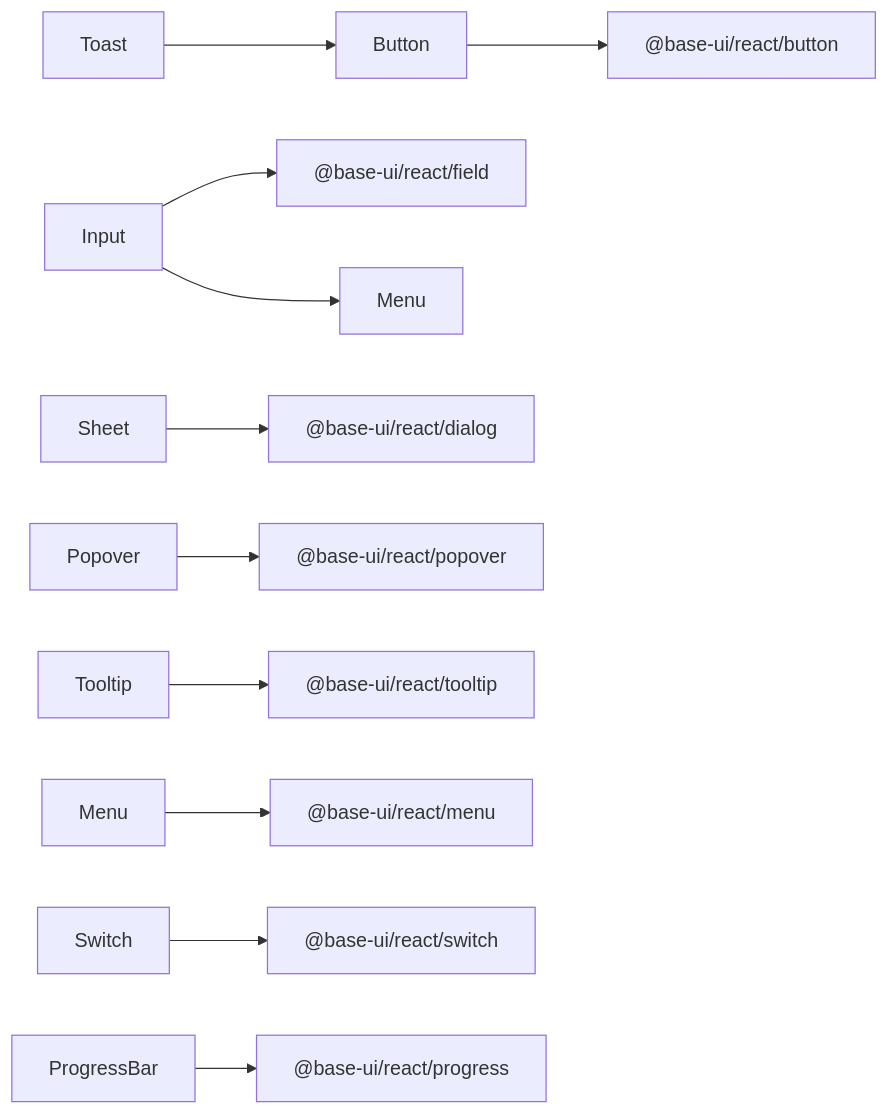
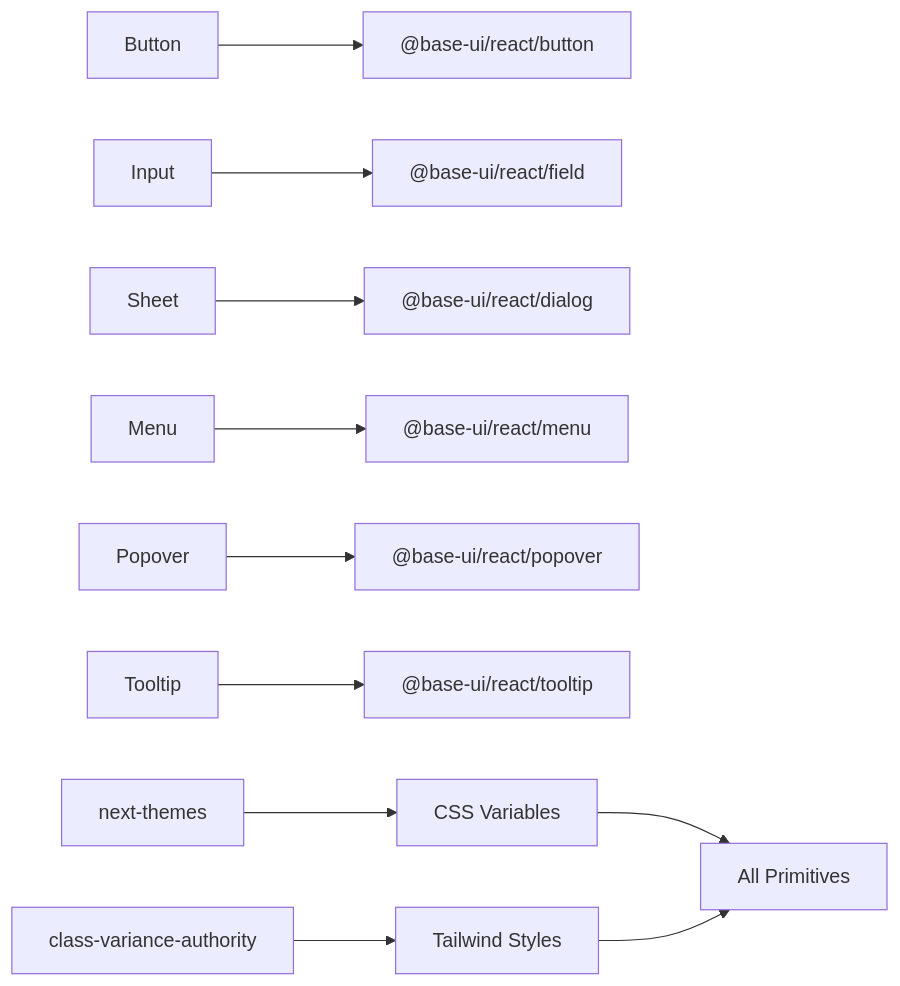
Diagram 16 of 16 in .qoder/repowiki/en/content/Component Library/Primitive Components.md (Meaetin/alibaba-hackathon), drawn with Mermaid before and after one commit. The commit also changed other lines of this file and 241 other files, not shown here.

````diff
--- a/.qoder/repowiki/en/content/Component Library/Primitive Components.md
+++ b/.qoder/repowiki/en/content/Component Library/Primitive Components.md
@@ -405,13 +589,13 @@
 ```mermaid
 graph LR
-Button["Button"] --> BaseUI["@base-ui/react/button"]
-Input["Input"] --> BaseUI2["@base-ui/react/field"]
-Input --> Menu["Menu"]
-Sheet["Sheet"] --> BaseUI3["@base-ui/react/dialog"]
-Popover["Popover"] --> BaseUI4["@base-ui/react/popover"]
-Tooltip["Tooltip"] --> BaseUI5["@base-ui/react/tooltip"]
-MenuComp["Menu"] --> BaseUI6["@base-ui/react/menu"]
-Switch["Switch"] --> BaseUI7["@base-ui/react/switch"]
-ProgressBar["ProgressBar"] --> BaseUI8["@base-ui/react/progress"]
-Toast["Toast"] --> Button
+BT["Button"] --> BUI["@base-ui/react/button"]
+IN["Input"] --> BUI2["@base-ui/react/field"]
+SH["Sheet"] --> BUI3["@base-ui/react/dialog"]
+ME["Menu"] --> BUI4["@base-ui/react/menu"]
+PO["Popover"] --> BUI5["@base-ui/react/popover"]
+TL["Tooltip"] --> BUI6["@base-ui/react/tooltip"]
+TH["next-themes"] --> VAR["CSS Variables"]
+CVA["class-variance-authority"] --> STY["Tailwind Styles"]
+VAR --> UI["All Primitives"]
+STY --> UI
 ```
````
